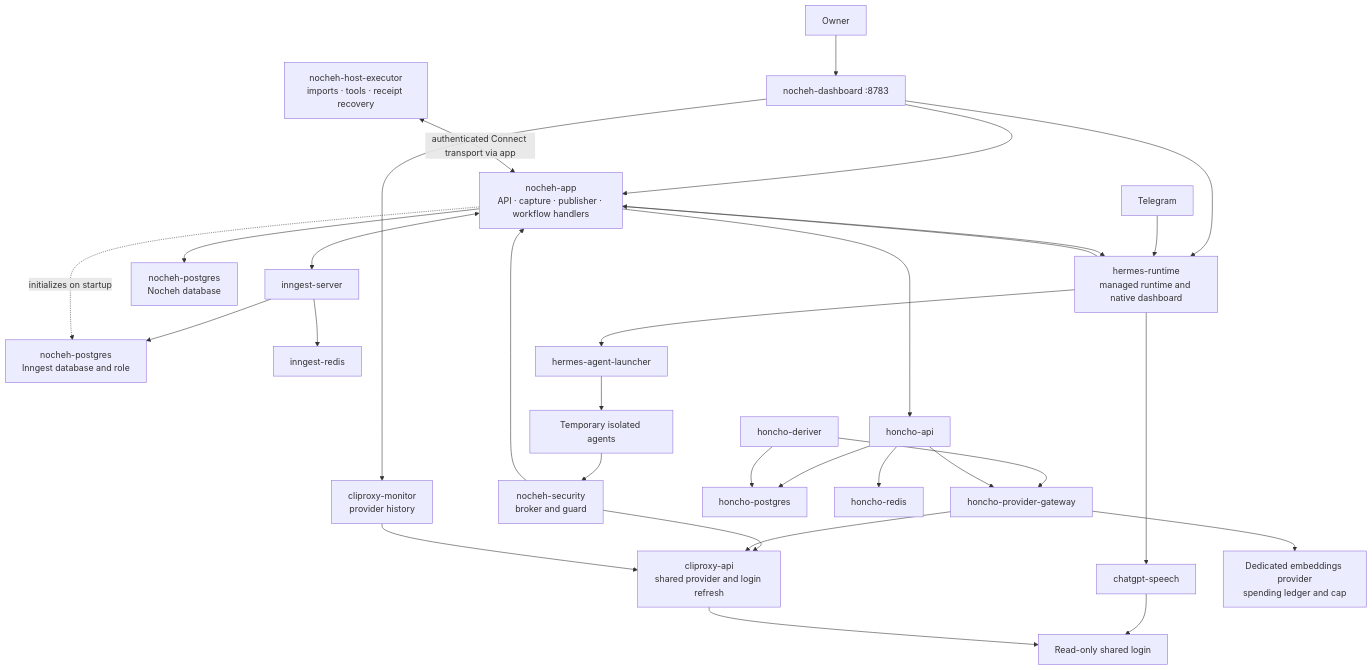
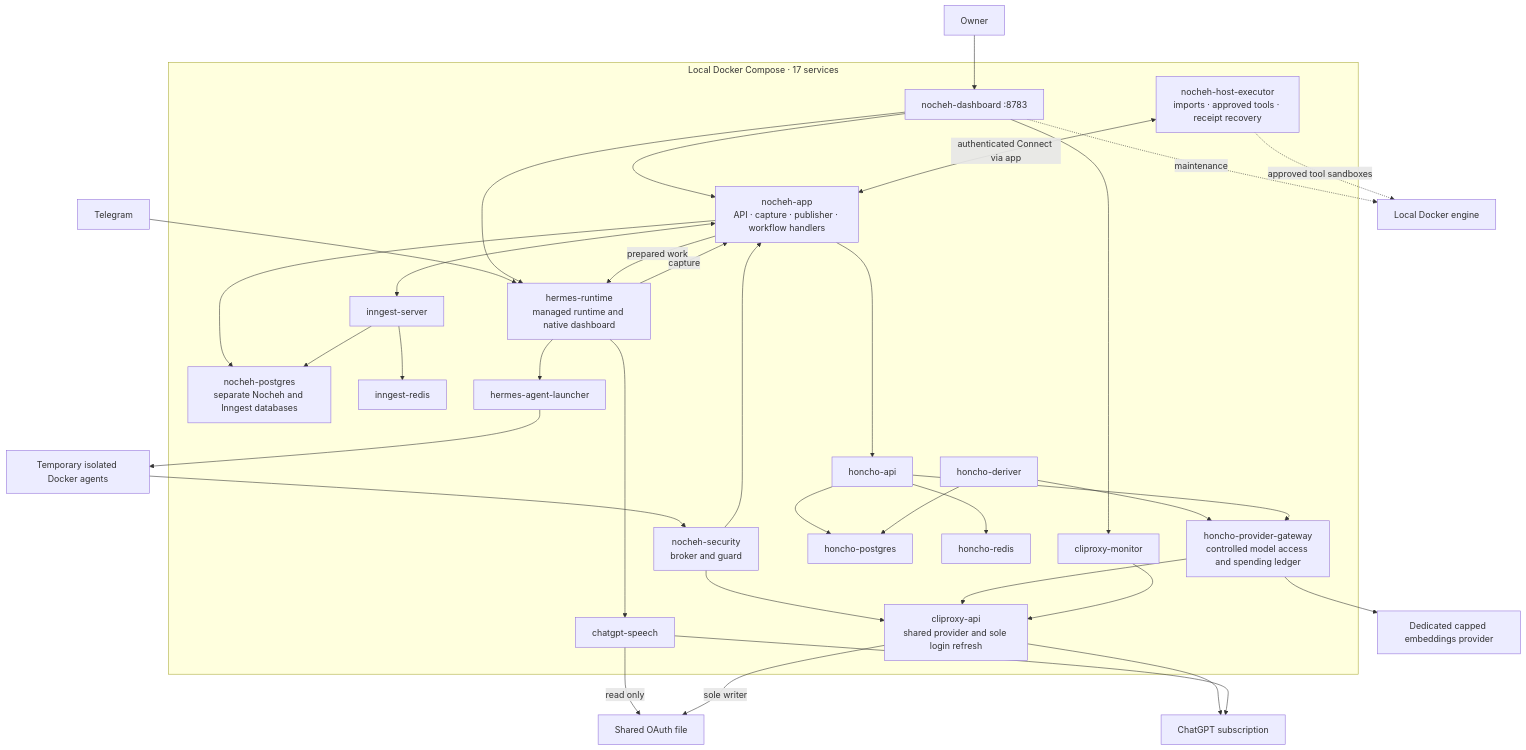
The diagram in docs/services.md (devbymak/nocheh), drawn with Mermaid before and after one commit. The commit also changed other lines of this file and 3 other files, not shown here.

````diff
--- a/docs/services.md
+++ b/docs/services.md
@@ -46,33 +46,55 @@
 ```mermaid
 flowchart TB
-    Owner[Owner] --> Dashboard[nocheh-dashboard :8783]
-    Dashboard --> App[nocheh-app\nAPI · capture · publisher · workflow handlers]
-    Dashboard --> Hermes[hermes-runtime\nmanaged runtime and native dashboard]
-    Dashboard --> Monitor[cliproxy-monitor\nprovider history]
+    Owner[Owner] --> Dashboard
     Telegram[Telegram] --> Hermes
-    Hermes --> App
-    App --> PG[nocheh-postgres\nNocheh database]
-    App <--> Engine[inngest-server]
-    Host[nocheh-host-executor\nimports · tools · receipt recovery] <-->|authenticated Connect transport via app| App
-    Engine --> EngineDB[nocheh-postgres\nInngest database and role]
-    App -.->|initializes on startup| EngineDB
-    Engine --> Queue[inngest-redis]
-    App --> Hermes
-    Hermes --> Launcher[hermes-agent-launcher]
-    Launcher --> Agents[Temporary isolated agents]
-    Agents --> Security[nocheh-security\nbroker and guard]
+    subgraph Docker["Local Docker Compose · 17 services"]
+        Dashboard["nocheh-dashboard :8783"]
+        Executor["nocheh-host-executor<br/>imports · approved tools · receipt recovery"]
+        App["nocheh-app<br/>API · capture · publisher · workflow handlers"]
+        PG["nocheh-postgres<br/>separate Nocheh and Inngest databases"]
+        Engine[inngest-server]
+        Queue[inngest-redis]
+        Hermes["hermes-runtime<br/>managed runtime and native dashboard"]
+        Launcher[hermes-agent-launcher]
+        Security["nocheh-security<br/>broker and guard"]
+        Speech[chatgpt-speech]
+        Provider["cliproxy-api<br/>shared provider and sole login refresh"]
+        Monitor[cliproxy-monitor]
+        Memory[honcho-api]
+        Deriver[honcho-deriver]
+        MemoryDB[honcho-postgres]
+        Cache[honcho-redis]
+        Gateway["honcho-provider-gateway<br/>controlled model access and spending ledger"]
+    end
+    Dashboard --> App
+    Dashboard --> Hermes
+    Dashboard --> Monitor
+    Dashboard -.->|maintenance| DockerAPI[Local Docker engine]
+    Executor -.->|approved tool sandboxes| DockerAPI
+    Executor <-->|authenticated Connect via app| App
+    Hermes -->|capture| App
+    App --> PG
+    App <--> Engine
+    Engine --> PG
+    Engine --> Queue
+    App -->|prepared work| Hermes
+    Hermes --> Launcher
+    Launcher --> Agents[Temporary isolated Docker agents]
+    Agents --> Security
     Security --> App
-    Security --> Provider[cliproxy-api\nshared provider and login refresh]
-    Hermes --> Speech[chatgpt-speech]
-    Speech --> Login[Read-only shared login]
-    Provider --> Login
-    App --> Memory[honcho-api]
-    Memory --> MemoryDB[honcho-postgres]
-    Deriver[honcho-deriver] --> MemoryDB
-    Memory --> Cache[honcho-redis]
-    Deriver --> Gateway[honcho-provider-gateway]
+    Security --> Provider
+    Hermes --> Speech
+    Speech -->|read only| Login[Shared OAuth file]
+    Provider -->|sole writer| Login
+    Provider --> Subscription[ChatGPT subscription]
+    Speech --> Subscription
+    App --> Memory
+    Memory --> MemoryDB
+    Deriver --> MemoryDB
+    Memory --> Cache
+    Deriver --> Gateway
     Memory --> Gateway
     Gateway --> Provider
-    Gateway --> Embeddings[Dedicated embeddings provider\nspending ledger and cap]
+    Gateway --> Embeddings[Dedicated capped embeddings provider]
     Monitor --> Provider
 ```
````
